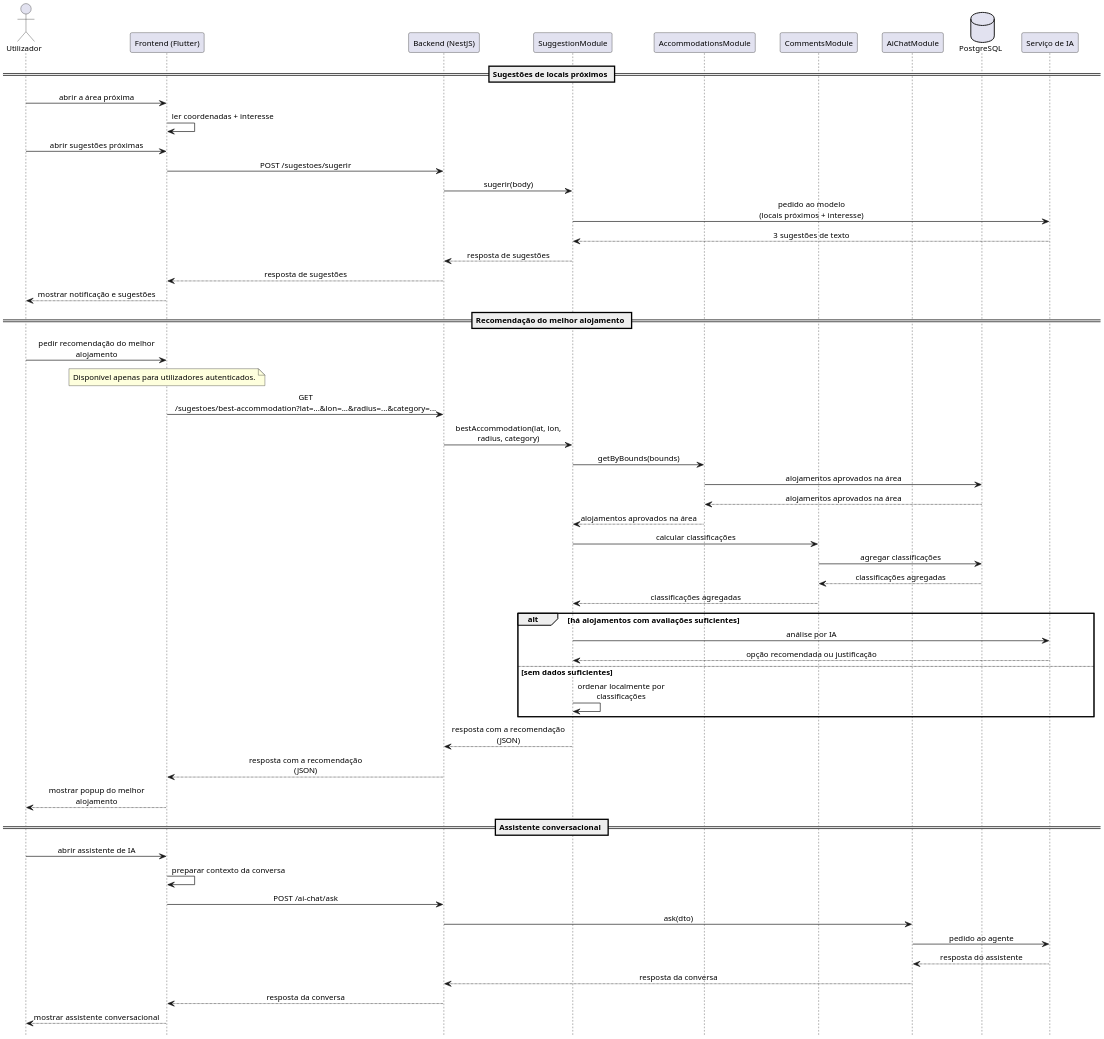
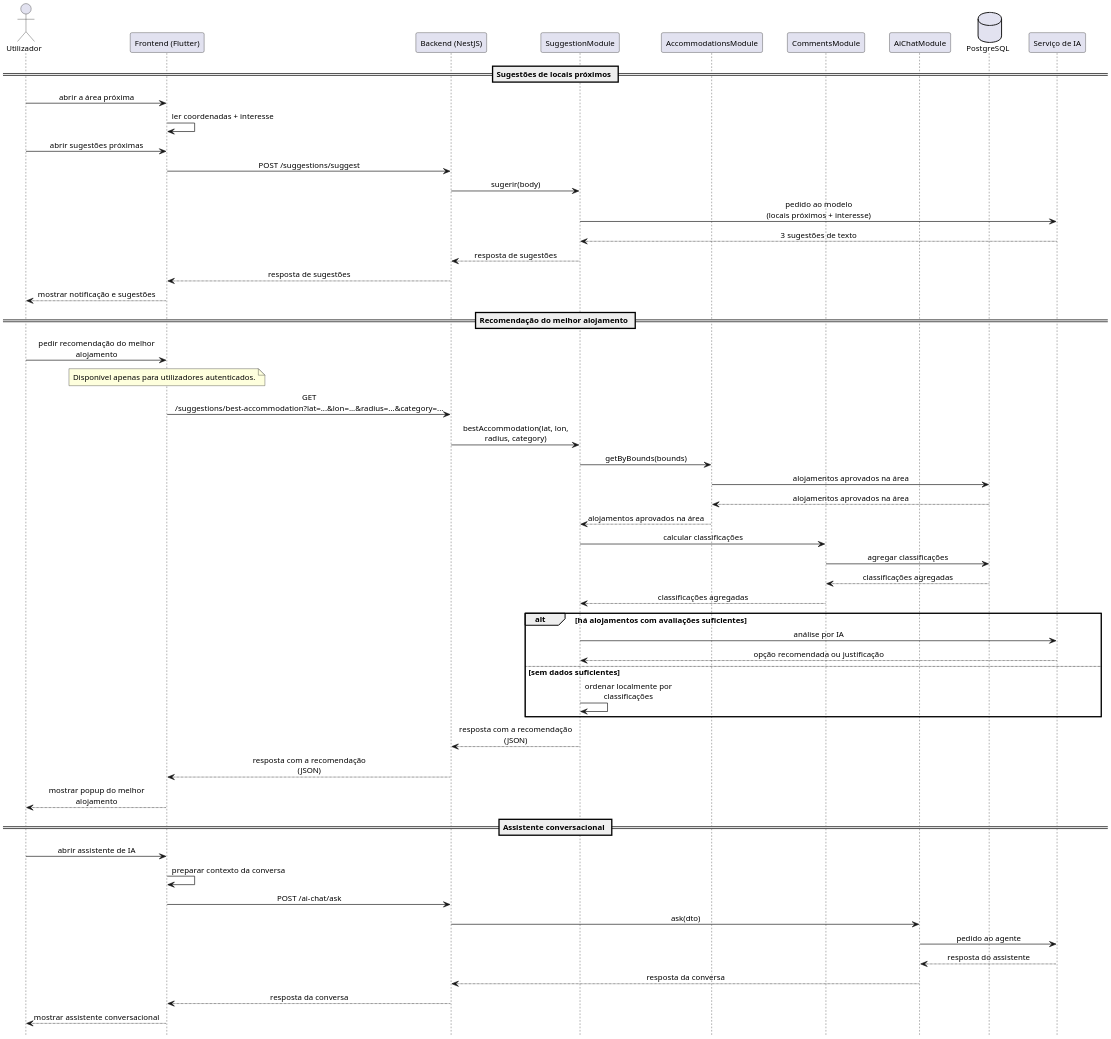
One commit to alegna83/cookbook-be changed the diagram in docs/diagrams/communication-suggestions-flow.puml. Above: the diagram before and after it, drawn with PlantUML. The commit also changed 1 other file, not shown here.

Commit message:
communication-suggestions-flow

```diff
--- a/docs/diagrams/communication-suggestions-flow.puml
+++ b/docs/diagrams/communication-suggestions-flow.puml
@@ -1,76 +1,76 @@
 @startuml
 hide footbox
 skinparam defaultFontName Arial
 skinparam defaultFontSize 12
 skinparam dpi 190
 skinparam maxMessageSize 200
 skinparam sequence {
   ParticipantPadding 14
   BoxPadding 8
   MessageAlign center
   ArrowThickness 1
 }
 
 actor Utilizador
 participant "Frontend (Flutter)" as FE
 participant "Backend (NestJS)" as BE
 participant "SuggestionModule" as SuggestionsModule
 participant "AccommodationsModule" as AccommodationsModule
 participant "CommentsModule" as CommentsModule
 participant "AiChatModule" as AiChatModule
 database "PostgreSQL" as DB
 participant "Serviço de IA" as AI
 
 == Sugestões de locais próximos ==
 
 Utilizador -> FE : abrir a área próxima
 FE -> FE : ler coordenadas + interesse
 
 Utilizador -> FE : abrir sugestões próximas
-FE -> BE : POST /sugestoes/sugerir
+FE -> BE : POST /suggestions/suggest
 BE -> SuggestionsModule : sugerir(body)
 SuggestionsModule -> AI : pedido ao modelo\n(locais próximos + interesse)
 AI --> SuggestionsModule : 3 sugestões de texto
 SuggestionsModule --> BE : resposta de sugestões
 BE --> FE : resposta de sugestões
 FE --> Utilizador : mostrar notificação e sugestões
 
 == Recomendação do melhor alojamento ==
 
 Utilizador -> FE : pedir recomendação do melhor alojamento
 note over FE
 Disponível apenas para utilizadores autenticados.
 end note
-FE -> BE : GET /sugestoes/best-accommodation?lat=...&lon=...&radius=...&category=...
+FE -> BE : GET /suggestions/best-accommodation?lat=...&lon=...&radius=...&category=...
 BE -> SuggestionsModule : bestAccommodation(lat, lon, radius, category)
 SuggestionsModule -> AccommodationsModule : getByBounds(bounds)
 AccommodationsModule -> DB : alojamentos aprovados na área
 DB --> AccommodationsModule : alojamentos aprovados na área
 AccommodationsModule --> SuggestionsModule : alojamentos aprovados na área
 SuggestionsModule -> CommentsModule : calcular classificações
 CommentsModule -> DB : agregar classificações
 DB --> CommentsModule : classificações agregadas
 CommentsModule --> SuggestionsModule : classificações agregadas
 alt há alojamentos com avaliações suficientes
   SuggestionsModule -> AI : análise por IA
   AI --> SuggestionsModule : opção recomendada ou justificação
 else sem dados suficientes
   SuggestionsModule -> SuggestionsModule : ordenar localmente por classificações
 end
 SuggestionsModule --> BE : resposta com a recomendação (JSON)
 BE --> FE : resposta com a recomendação (JSON)
 FE --> Utilizador : mostrar popup do melhor alojamento
 
 == Assistente conversacional ==
 
 Utilizador -> FE : abrir assistente de IA
 FE -> FE : preparar contexto da conversa
 FE -> BE : POST /ai-chat/ask
 BE -> AiChatModule : ask(dto)
 AiChatModule -> AI : pedido ao agente
 AI --> AiChatModule : resposta do assistente
 AiChatModule --> BE : resposta da conversa
 BE --> FE : resposta da conversa
 FE --> Utilizador : mostrar assistente conversacional
 
 @enduml
```
